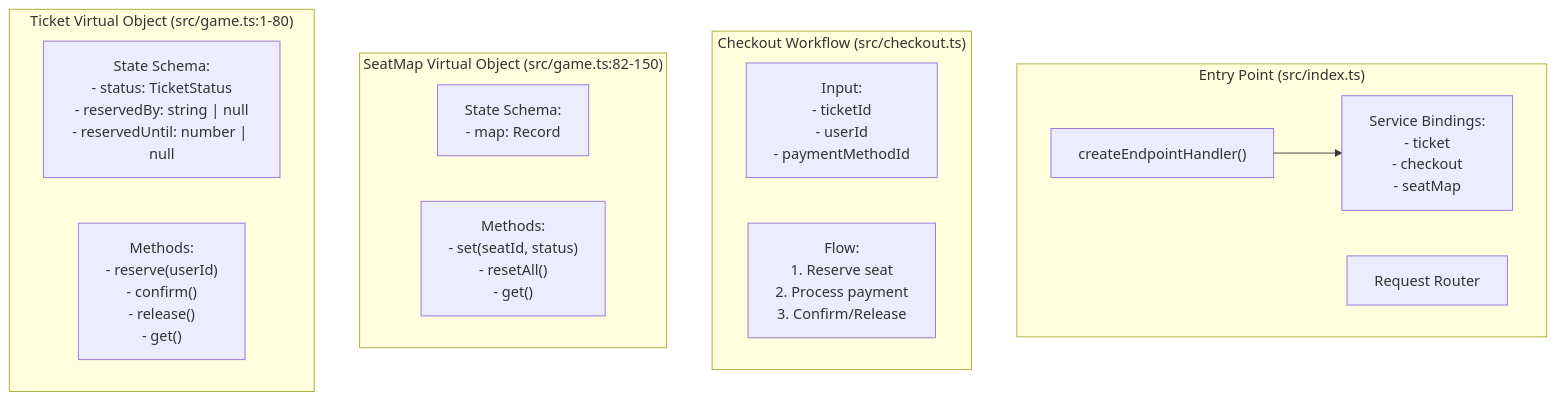
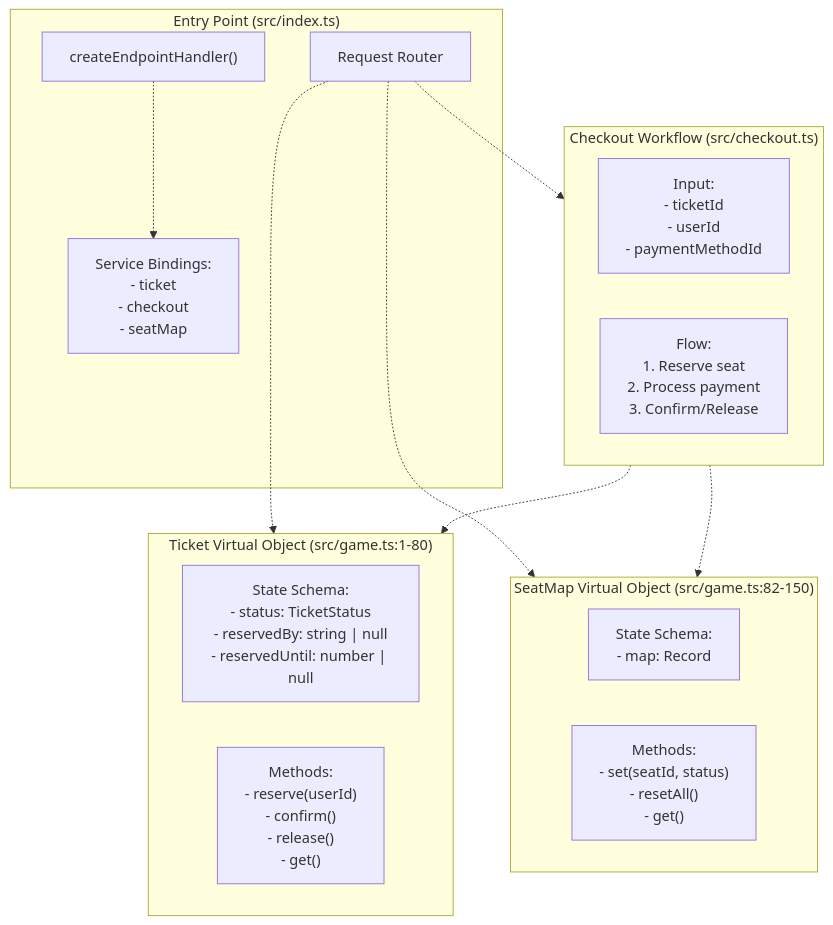
Before and after one commit to philipz/restate-cloudflare-workers-poc: the second of 3 diagrams in docs/deepwiki/Overview.md, drawn with Mermaid. The commit also changed other lines of this file and 27 other files, not shown here.

````diff
--- a/docs/deepwiki/Overview.md
+++ b/docs/deepwiki/Overview.md
@@ -114,35 +114,41 @@
 ```mermaid
 flowchart TD
 
 CheckoutInput["Input:<br>- ticketId<br>- userId<br>- paymentMethodId"]
 CheckoutFlow["Flow:<br>1. Reserve seat<br>2. Process payment<br>3. Confirm/Release"]
 SeatMapState["State Schema:<br>- map: Record<seatId, status>"]
 SeatMapMethods["Methods:<br>- set(seatId, status)<br>- resetAll()<br>- get()"]
 TicketState["State Schema:<br>- status: TicketStatus<br>- reservedBy: string | null<br>- reservedUntil: number | null"]
 TicketMethods["Methods:<br>- reserve(userId)<br>- confirm()<br>- release()<br>- get()"]
 Handler["createEndpointHandler()"]
 Bindings["Service Bindings:<br>- ticket<br>- checkout<br>- seatMap"]
 Router["Request Router"]
 
+Router -.-> TicketService
+Router -.-> SeatMapService
+Router -.-> CheckoutService
+CheckoutService -.-> TicketService
+CheckoutService -.-> SeatMapService
+
 subgraph Entry ["Entry Point (src/index.ts)"]
     Handler
     Bindings
     Router
-    Handler --> Bindings
+    Handler -.-> Bindings
 end
 
 subgraph CheckoutService ["Checkout Workflow (src/checkout.ts)"]
     CheckoutInput
     CheckoutFlow
 end
 
 subgraph SeatMapService ["SeatMap Virtual Object (src/game.ts:82-150)"]
     SeatMapState
     SeatMapMethods
 end
 
 subgraph TicketService ["Ticket Virtual Object (src/game.ts:1-80)"]
     TicketState
     TicketMethods
 end
 ```
````
